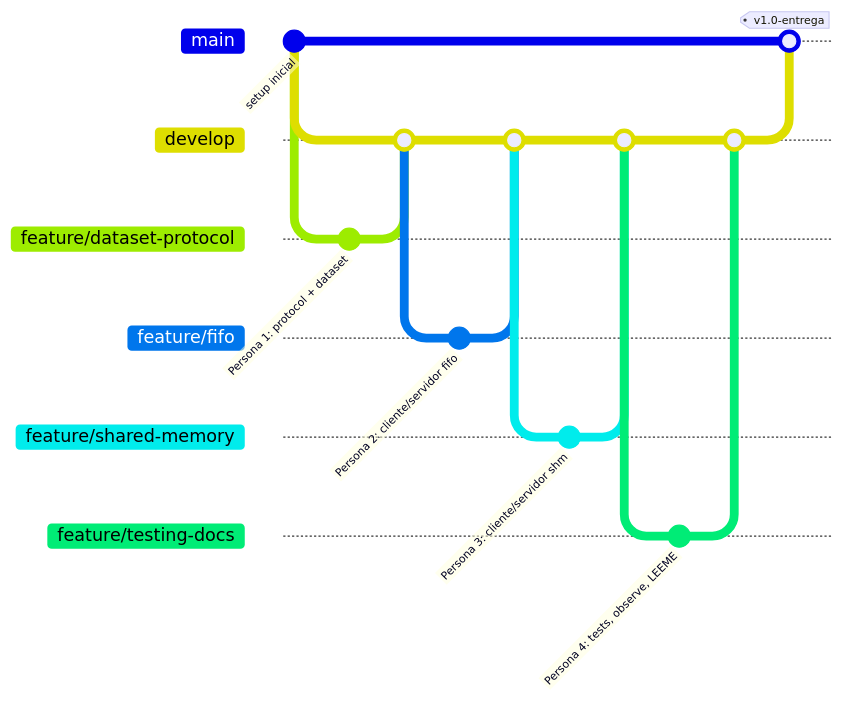
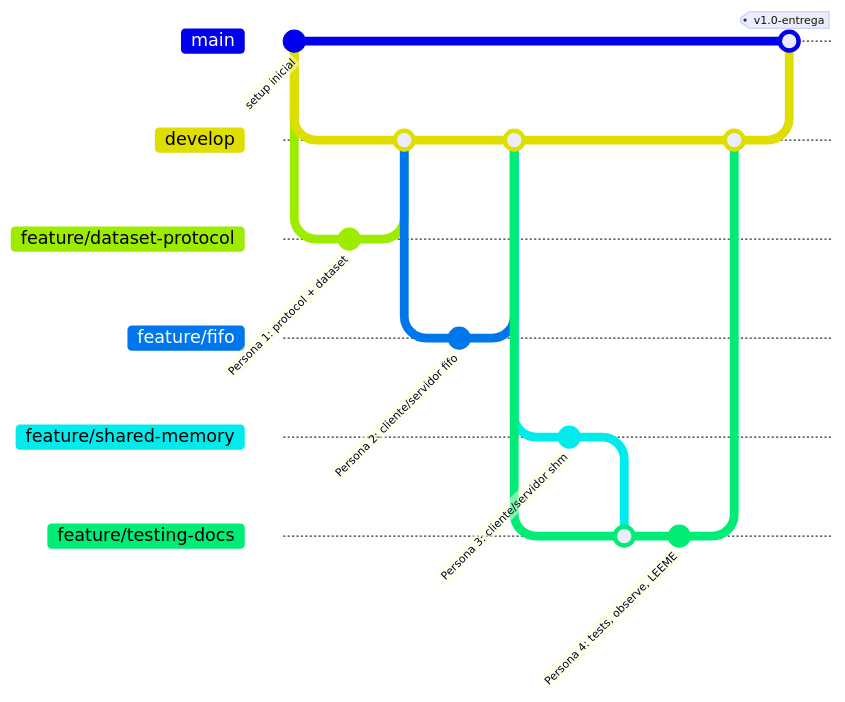
Before and after one commit to Juardilap/practica1_so: the diagram in GUIA_EQUIPO.md, drawn with Mermaid. The commit also changed other lines of this file and 22 other files, not shown here.

````diff
--- a/GUIA_EQUIPO.md
+++ b/GUIA_EQUIPO.md
@@ -63,28 +68,28 @@
 ```mermaid
 gitGraph
    commit id: "setup inicial"
    branch develop
    checkout develop
    branch feature/dataset-protocol
    checkout feature/dataset-protocol
    commit id: "Persona 1: protocol + dataset"
    checkout develop
    merge feature/dataset-protocol
    branch feature/fifo
    checkout feature/fifo
    commit id: "Persona 2: cliente/servidor fifo"
    checkout develop
    merge feature/fifo
    branch feature/shared-memory
    checkout feature/shared-memory
    commit id: "Persona 3: cliente/servidor shm"
    checkout develop
-   merge feature/shared-memory
    branch feature/testing-docs
    checkout feature/testing-docs
+   merge feature/shared-memory
    commit id: "Persona 4: tests, observe, LEEME"
    checkout develop
    merge feature/testing-docs
    checkout main
    merge develop tag: "v1.0-entrega"
 ```
````
